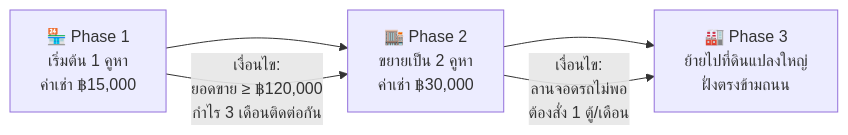
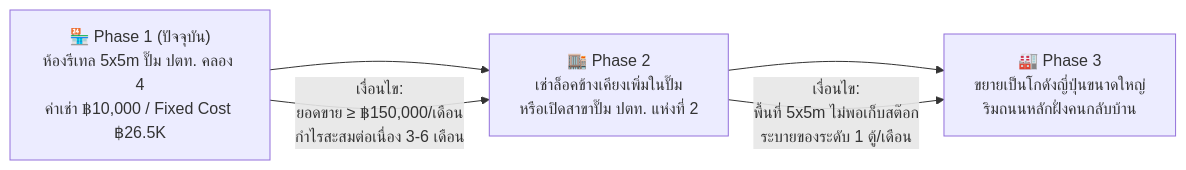
One commit to temsiripuns100/goods-japan-business-plan changed the tenth of 12 diagrams in README.md. Above: the diagram before and after it, drawn with Mermaid. The commit also changed other lines of this file, not shown here.

````diff
--- a/README.md
+++ b/README.md
@@ -861,8 +867,8 @@
 ```mermaid
 flowchart LR
-    A["🏪 Phase 1\nเริ่มต้น 1 คูหา\nค่าเช่า ฿15,000"] --> B["🏬 Phase 2\nขยายเป็น 2 คูหา\nค่าเช่า ฿30,000"]
-    B --> C["🏭 Phase 3\nย้ายไปที่ดินแปลงใหญ่\nฝั่งตรงข้ามถนน"]
+    A["🏪 Phase 1 (ปัจจุบัน)<br/>ห้องรีเทล 5x5m ปั๊ม ปตท. คลอง 4<br/>ค่าเช่า ฿10,000 / Fixed Cost ฿26.5K"] --> B["🏬 Phase 2<br/>เช่าล็อคข้างเคียงเพิ่มในปั๊ม<br/>หรือเปิดสาขาปั๊ม ปตท. แห่งที่ 2"]
+    B --> C["🏭 Phase 3<br/>ขยายเป็นโกดังญี่ปุ่นขนาดใหญ่<br/>ริมถนนหลักฝั่งคนกลับบ้าน"]
     
-    A -- "เงื่อนไข:\nยอดขาย ≥ ฿120,000\nกำไร 3 เดือนติดต่อกัน" --> B
-    B -- "เงื่อนไข:\nลานจอดรถไม่พอ\nต้องสั่ง 1 ตู้/เดือน" --> C
+    A -- "เงื่อนไข:<br/>ยอดขาย ≥ ฿150,000/เดือน<br/>กำไรสะสมต่อเนื่อง 3-6 เดือน" --> B
+    B -- "เงื่อนไข:<br/>พื้นที่ 5x5m ไม่พอเก็บสต๊อก<br/>ระบายของระดับ 1 ตู้/เดือน" --> C
 ```
````
